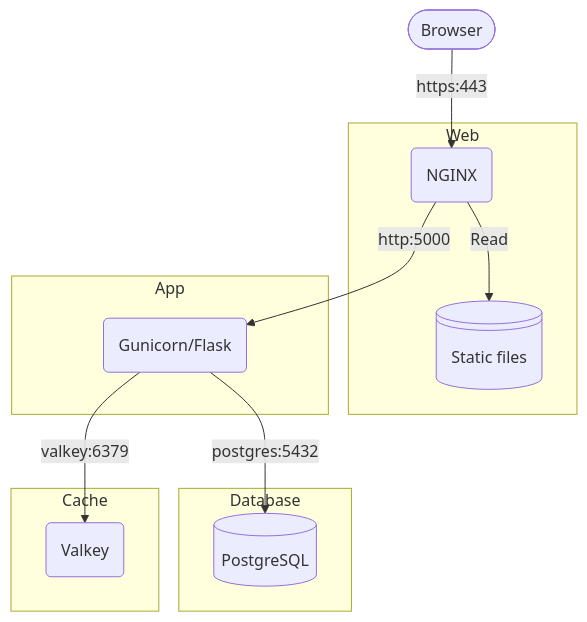
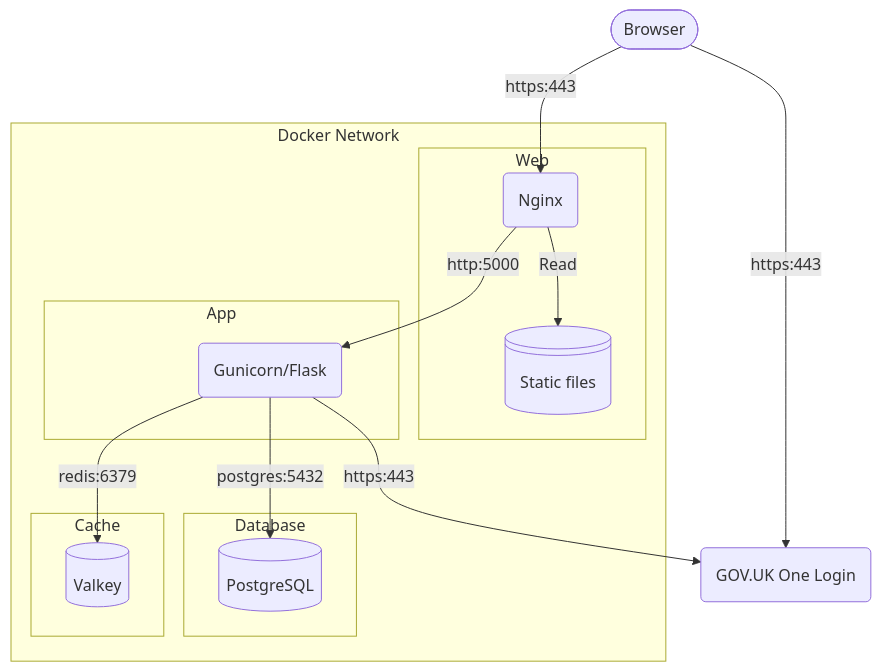
Before and after one commit to LandRegistry/govuk-frontend-flask: the second of 2 diagrams in README.md, drawn with Mermaid. The commit also changed other lines of this file, not shown here.

````diff
--- a/README.md
+++ b/README.md
@@ -163,28 +163,32 @@
 ```mermaid
 flowchart TB
     browser([Browser])
     db@{ shape: cyl, label: "PostgreSQL" }
     flask(Gunicorn/Flask)
-    nginx(NGINX)
-    valkey(Valkey)
+    nginx(Nginx)
     static@{ shape: lin-cyl, label: "Static files" }
+    valkey@{ shape: cyl, label: "Valkey" }
+    one-login(GOV.UK One Login)
 
     browser -- https:443 --> nginx -- http:5000 --> flask -- postgres:5432 --> db
-    flask -- valkey:6379 --> valkey
+    flask -- redis:6379 --> valkey
+    flask & browser -- https:443 --> one-login
 
-    subgraph Web
-        nginx -- Read --> static
-    end
+    subgraph Docker Network
+        subgraph Web
+            nginx -- Read --> static
+        end
 
-    subgraph App
-        flask
-    end
+        subgraph App
+            flask
+        end
 
-    subgraph Database
-        db
-    end
+        subgraph Database
+            db
+        end
 
-    subgraph Cache
-        valkey
+        subgraph Cache
+            valkey
+        end
     end
 ```
````
